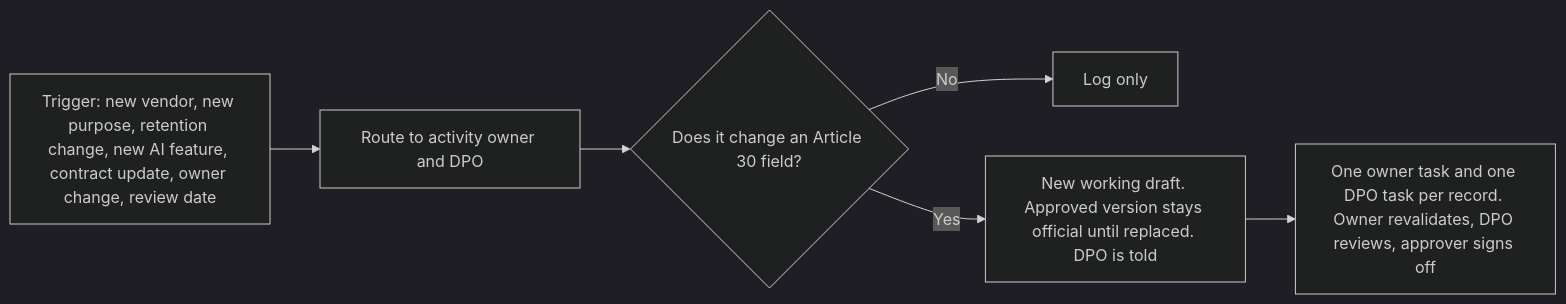
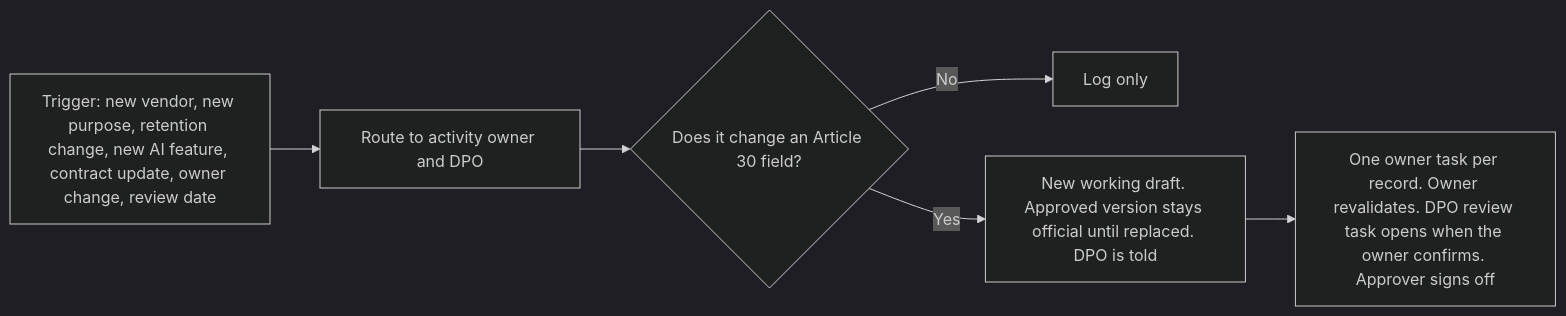
Before and after one commit to arunmaz0304/ropa-workspace: the fifth of 5 diagrams in docs/workflow-map.md, drawn with Mermaid (dark theme). The commit also changed 3 other files, not shown here.

````diff
--- a/docs/workflow-map.md
+++ b/docs/workflow-map.md
@@ -75,8 +75,8 @@
 ```mermaid
 flowchart LR
     T["Trigger: new vendor, new purpose, retention change, new AI feature, contract update, owner change, review date"] --> R["Route to activity owner and DPO"]
     R --> M{"Does it change an Article 30 field?"}
     M -- No --> N["Log only"]
     M -- Yes --> Q["New working draft. Approved version stays official until replaced. DPO is told"]
-    Q --> V["One owner task and one DPO task per record. Owner revalidates, DPO reviews, approver signs off"]
+    Q --> V["One owner task per record. Owner revalidates. DPO review task opens when the owner confirms. Approver signs off"]
 ```
````
